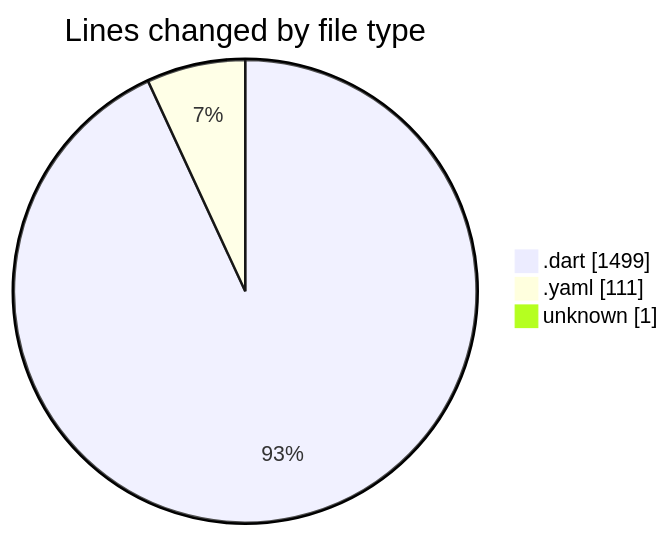
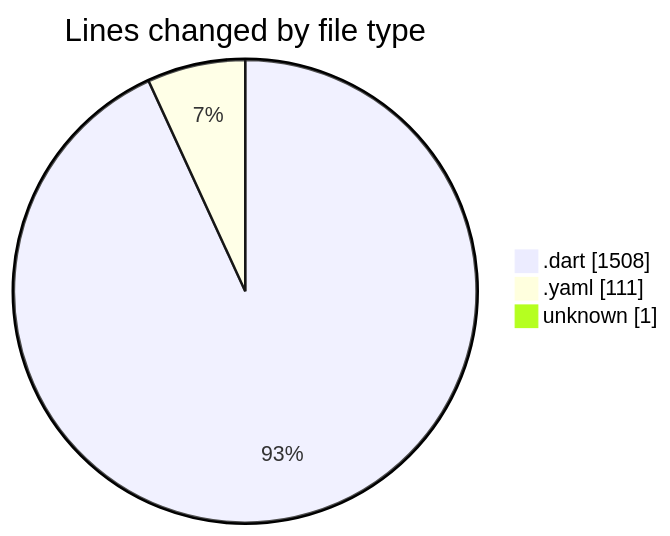
One commit to donsfak/code-tracking changed the first of 2 diagrams in 2025-03-08/uber_clone/README.md. Above: the diagram before and after it, drawn with Mermaid. The commit also changed other lines of this file and 1 other file, not shown here.

````diff
--- a/2025-03-08/uber_clone/README.md
+++ b/2025-03-08/uber_clone/README.md
@@ -24,7 +24,7 @@
 ```mermaid
 pie showData
 title Lines changed by file type
-".dart" : 1499
+".dart" : 1508
 ".yaml" : 111
 "unknown" : 1
 ```
````
